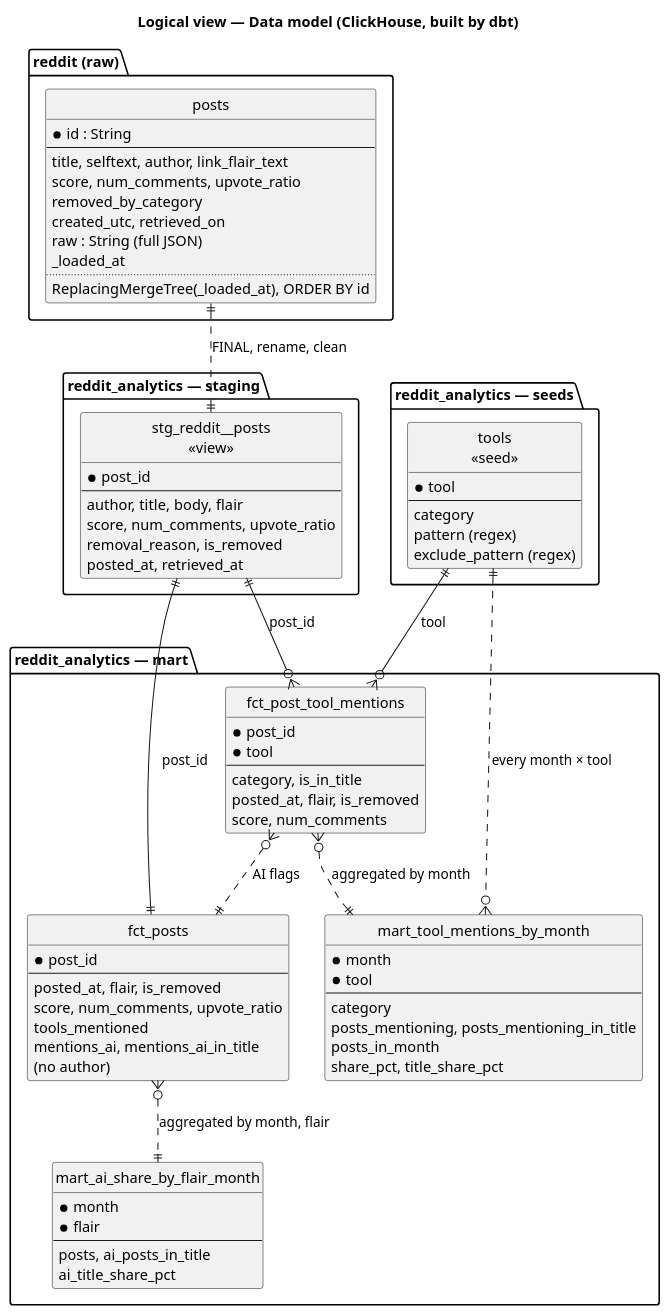
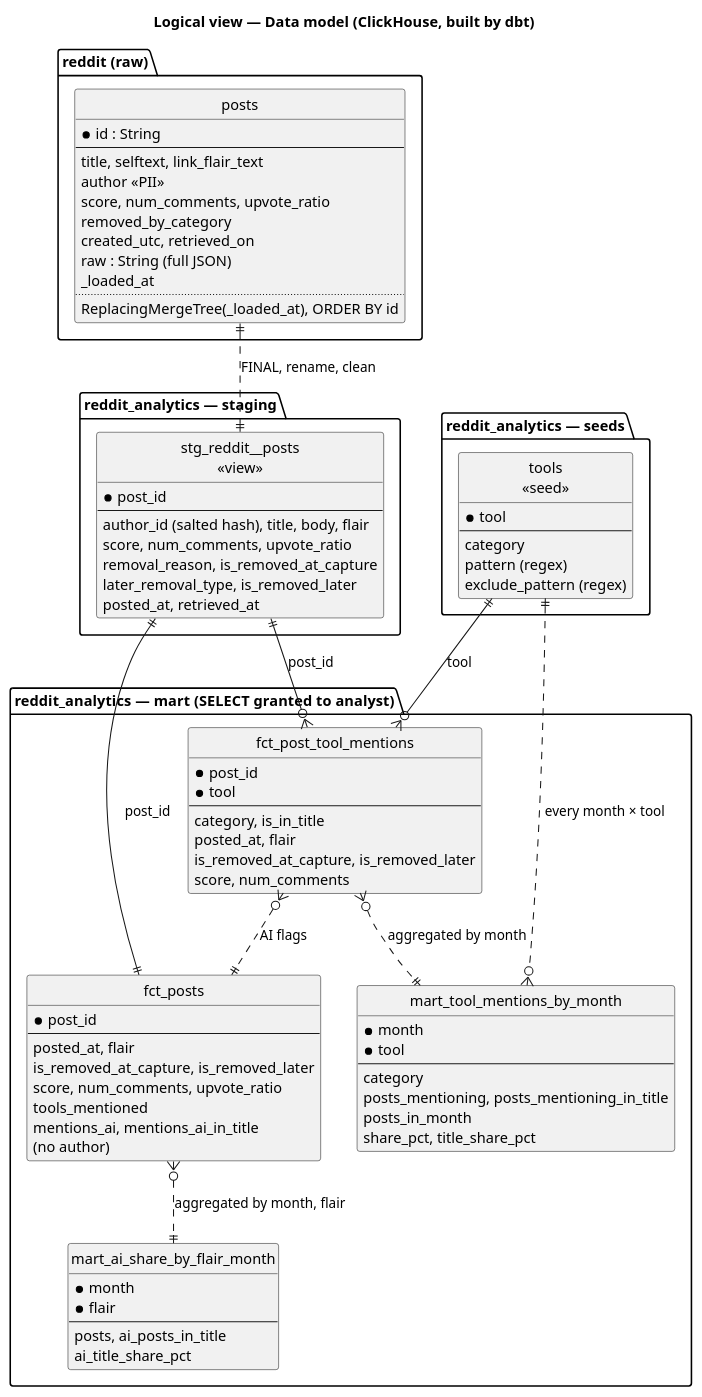
One commit to modsomjeed/reddit-dataeng changed the diagram in docs/architecture/diagrams/logical-data-model.puml. Above: the diagram before and after it, drawn with PlantUML. The commit also changed 16 other files, not shown here.

Commit message:
docs(architecture): update views for dashboard, governance and freshness

```diff
--- a/docs/architecture/diagrams/logical-data-model.puml
+++ b/docs/architecture/diagrams/logical-data-model.puml
@@ -1,87 +1,91 @@
 @startuml logical-data-model
 title Logical view — Data model (ClickHouse, built by dbt)
 skinparam shadowing false
 hide circle
 hide methods
 
 package "reddit (raw)" {
   entity "posts" as raw {
     * id : String
     --
-    title, selftext, author, link_flair_text
+    title, selftext, link_flair_text
+    author <<PII>>
     score, num_comments, upvote_ratio
     removed_by_category
     created_utc, retrieved_on
     raw : String (full JSON)
     _loaded_at
     ..
     ReplacingMergeTree(_loaded_at), ORDER BY id
   }
 }
 
 package "reddit_analytics — staging" {
   entity "stg_reddit__posts\n<<view>>" as stg {
     * post_id
     --
-    author, title, body, flair
+    author_id (salted hash), title, body, flair
     score, num_comments, upvote_ratio
-    removal_reason, is_removed
+    removal_reason, is_removed_at_capture
+    later_removal_type, is_removed_later
     posted_at, retrieved_at
   }
 }
 
 package "reddit_analytics — seeds" {
   entity "tools\n<<seed>>" as tools {
     * tool
     --
     category
     pattern (regex)
     exclude_pattern (regex)
   }
 }
 
-package "reddit_analytics — mart" {
+package "reddit_analytics — mart  (SELECT granted to analyst)" {
   entity "fct_post_tool_mentions" as fptm {
     * post_id
     * tool
     --
     category, is_in_title
-    posted_at, flair, is_removed
+    posted_at, flair
+    is_removed_at_capture, is_removed_later
     score, num_comments
   }
   entity "fct_posts" as fp {
     * post_id
     --
-    posted_at, flair, is_removed
+    posted_at, flair
+    is_removed_at_capture, is_removed_later
     score, num_comments, upvote_ratio
     tools_mentioned
     mentions_ai, mentions_ai_in_title
     (no author)
   }
   entity "mart_tool_mentions_by_month" as mtm {
     * month
     * tool
     --
     category
     posts_mentioning, posts_mentioning_in_title
     posts_in_month
     share_pct, title_share_pct
   }
   entity "mart_ai_share_by_flair_month" as mai {
     * month
     * flair
     --
     posts, ai_posts_in_title
     ai_title_share_pct
   }
 }
 
 raw ||..|| stg : "FINAL, rename, clean"
 stg ||--o{ fptm : "post_id"
 tools ||--o{ fptm : "tool"
 stg ||--|| fp : "post_id"
 fptm }o..|| fp : "AI flags"
 fptm }o..|| mtm : "aggregated by month"
 tools ||..o{ mtm : "every month × tool"
 fp }o..|| mai : "aggregated by month, flair"
 @enduml
```
